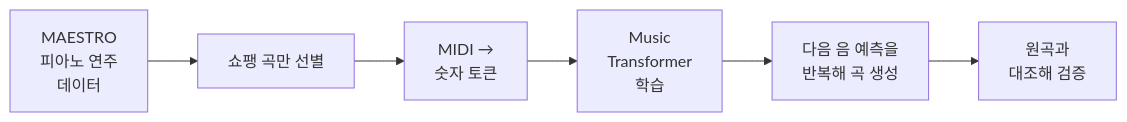
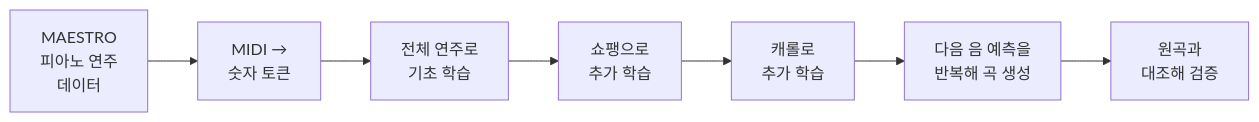
Before and after one commit to mjk022/portfolio: the diagram in MusicTransformer/README.md, drawn with Mermaid. The commit also changed other lines of this file and 17 other files, not shown here.

First line of the commit message:
Music Transformer: 학습량을 늘려 처음부터 다시 학습한 결과 반영

````diff
--- a/MusicTransformer/README.md
+++ b/MusicTransformer/README.md
@@ -70,8 +71,9 @@
 ```mermaid
 flowchart LR
-    A[MAESTRO<br/>피아노 연주<br/>데이터] --> B[쇼팽 곡만 선별]
-    B --> C[MIDI →<br/>숫자 토큰]
-    C --> D[Music<br/>Transformer<br/>학습]
-    D --> G[다음 음 예측을<br/>반복해 곡 생성]
+    A[MAESTRO<br/>피아노 연주<br/>데이터] --> C[MIDI →<br/>숫자 토큰]
+    C --> D1[전체 연주로<br/>기초 학습]
+    D1 --> D2[쇼팽으로<br/>추가 학습]
+    D2 --> D3[캐롤로<br/>추가 학습]
+    D3 --> G[다음 음 예측을<br/>반복해 곡 생성]
     G --> H[원곡과<br/>대조해 검증]
 ```
````
